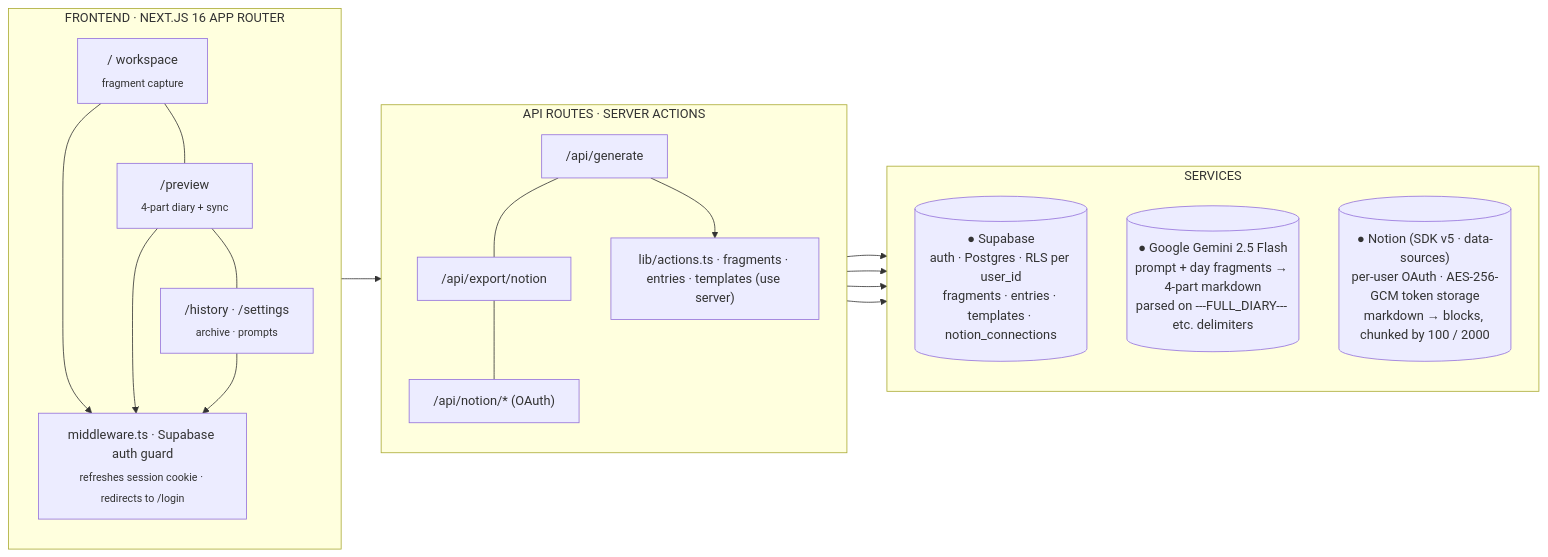
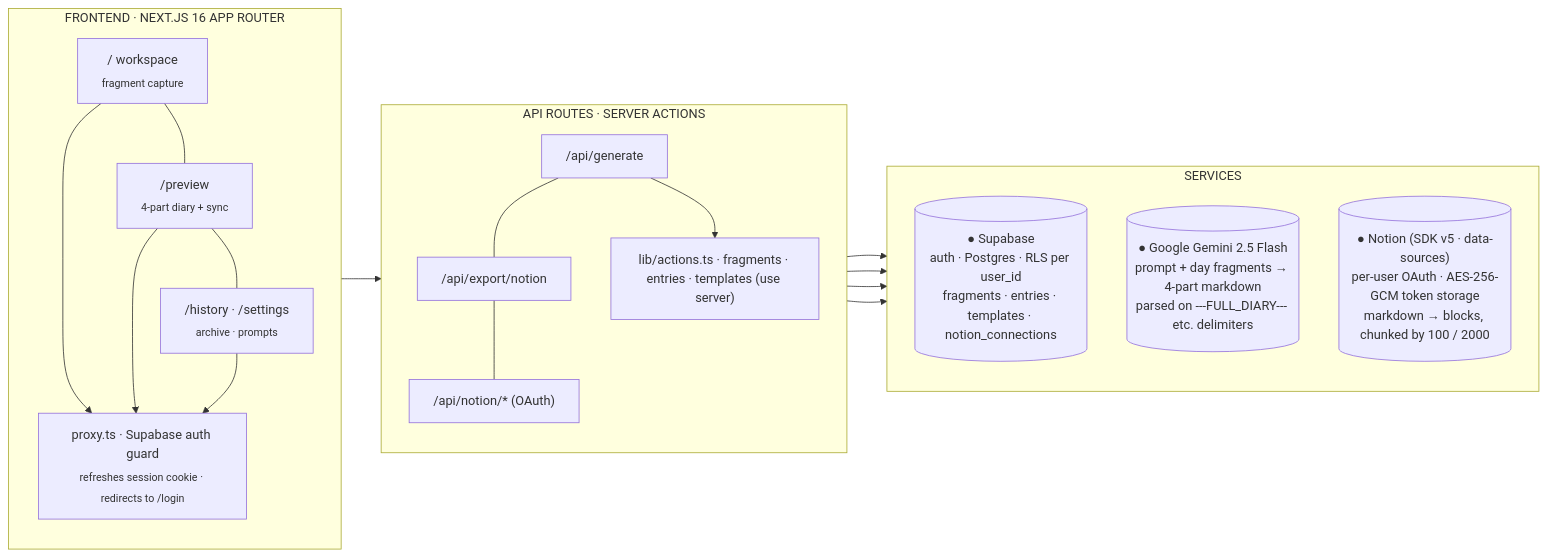
One commit to turtojian520/diarybuddy changed the diagram in README.en.md. Above: the diagram before and after it, drawn with Mermaid. The commit also changed other lines of this file and 6 other files, not shown here.

Commit message:
fix: prevent PWA auth proxy timeouts

````diff
--- a/README.en.md
+++ b/README.en.md
@@ -136,37 +136,37 @@
 ```mermaid
 flowchart LR
     subgraph FE["FRONTEND · NEXT.JS 16 APP ROUTER"]
         direction TB
         W["/ workspace<br/><sub>fragment capture</sub>"]
         P["/preview<br/><sub>4-part diary + sync</sub>"]
         HS["/history · /settings<br/><sub>archive · prompts</sub>"]
-        MW["middleware.ts · Supabase auth guard<br/><sub>refreshes session cookie · redirects to /login</sub>"]
+        MW["proxy.ts · Supabase auth guard<br/><sub>refreshes session cookie · redirects to /login</sub>"]
         W --- P --- HS
         W --> MW
         P --> MW
         HS --> MW
     end
 
     subgraph API["API ROUTES · SERVER ACTIONS"]
         direction TB
         G["/api/generate"]
         EN["/api/export/notion"]
         NT["/api/notion/* (OAuth)"]
         ACT["lib/actions.ts · fragments · entries · templates (use server)"]
         G --- EN --- NT
         G --> ACT
     end
 
     subgraph SVC["SERVICES"]
         direction TB
         SB[("● Supabase<br/>auth · Postgres · RLS per user_id<br/>fragments · entries · templates · notion_connections")]
         GM[("● Google Gemini 2.5 Flash<br/>prompt + day fragments → 4-part markdown<br/>parsed on ---FULL_DIARY--- etc. delimiters")]
         NO[("● Notion (SDK v5 · data-sources)<br/>per-user OAuth · AES-256-GCM token storage<br/>markdown → blocks, chunked by 100 / 2000")]
     end
 
     MW --> API
     ACT --> SB
     G --> GM
     EN --> NO
     NT --> NO
 ```
````
